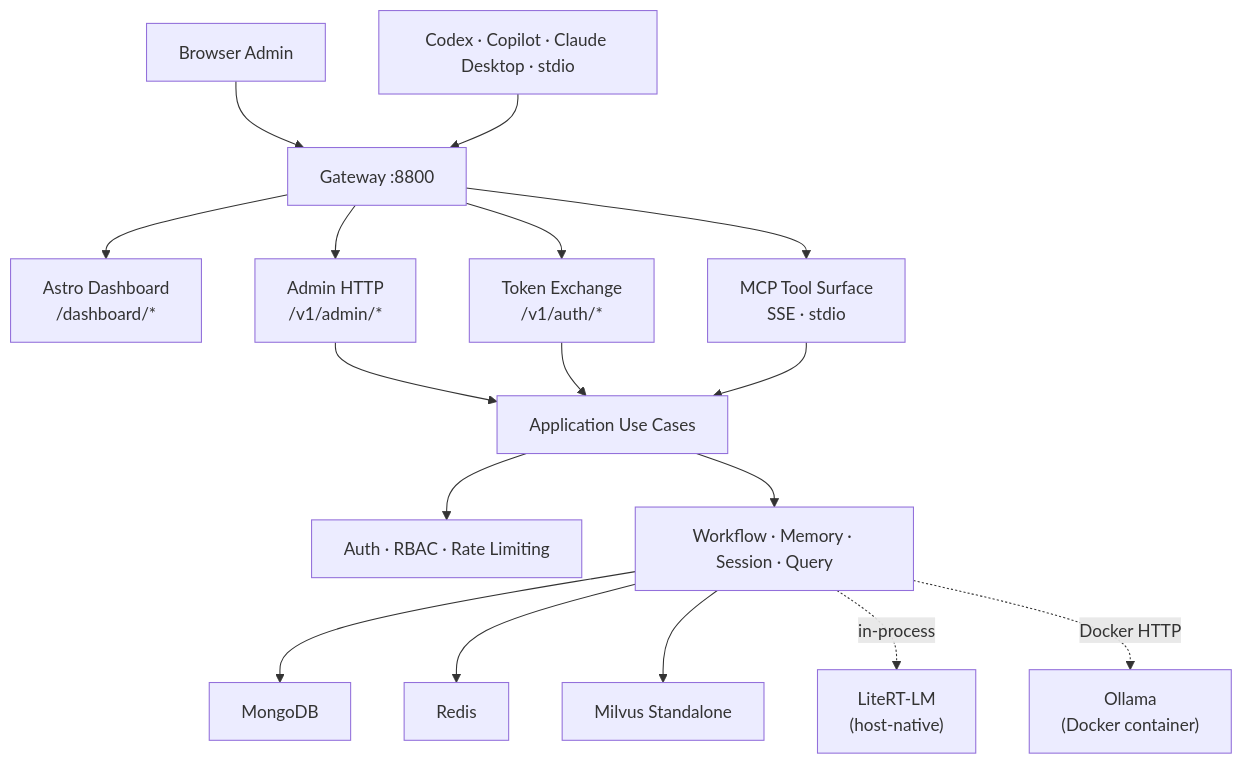
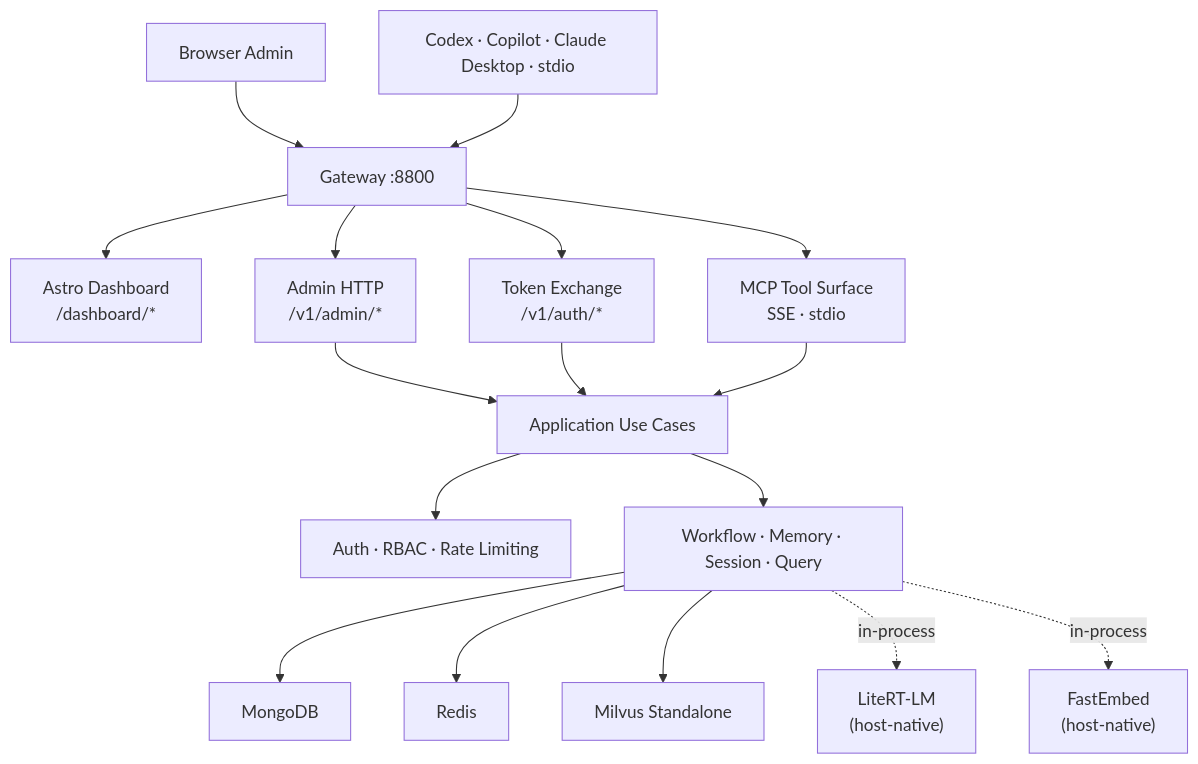
Before and after one commit to hiimtrung/minder: the diagram in docs/minder-server.md, drawn with Mermaid. The commit also changed other lines of this file and 46 other files, not shown here.

Commit message:
refactor: replace Ollama embedding service with in-process FastEmbed and remove local model LLM implementation

````diff
--- a/docs/minder-server.md
+++ b/docs/minder-server.md
@@ -12,21 +12,21 @@
 ```mermaid
 flowchart TB
     Browser["Browser Admin"] --> Gateway["Gateway :8800"]
     MCP["Codex · Copilot · Claude Desktop · stdio"] --> Gateway
 
     Gateway --> Dashboard["Astro Dashboard\n/dashboard/*"]
     Gateway --> AdminAPI["Admin HTTP\n/v1/admin/*"]
     Gateway --> AuthAPI["Token Exchange\n/v1/auth/*"]
     Gateway --> MCPTools["MCP Tool Surface\nSSE · stdio"]
 
     AdminAPI & AuthAPI & MCPTools --> UseCases["Application Use Cases"]
 
     UseCases --> Auth["Auth · RBAC · Rate Limiting"]
     UseCases --> Services["Workflow · Memory · Session · Query"]
 
     Services --> Mongo["MongoDB"]
     Services --> Redis["Redis"]
     Services --> Milvus["Milvus Standalone"]
     Services -.->|"in-process"| LiteRT["LiteRT-LM\n(host-native)"]
-    Services -.->|"Docker HTTP"| OllamaD["Ollama\n(Docker container)"]
+    Services -.->|"in-process"| FastEmbed["FastEmbed\n(host-native)"]
 ```
````
